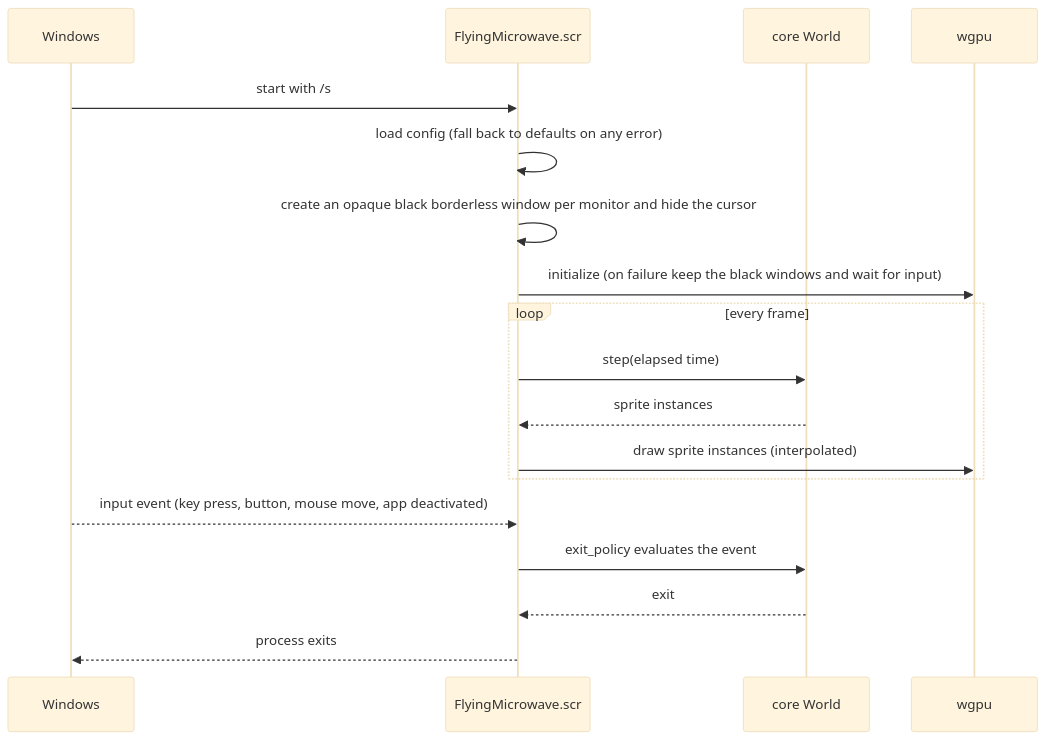
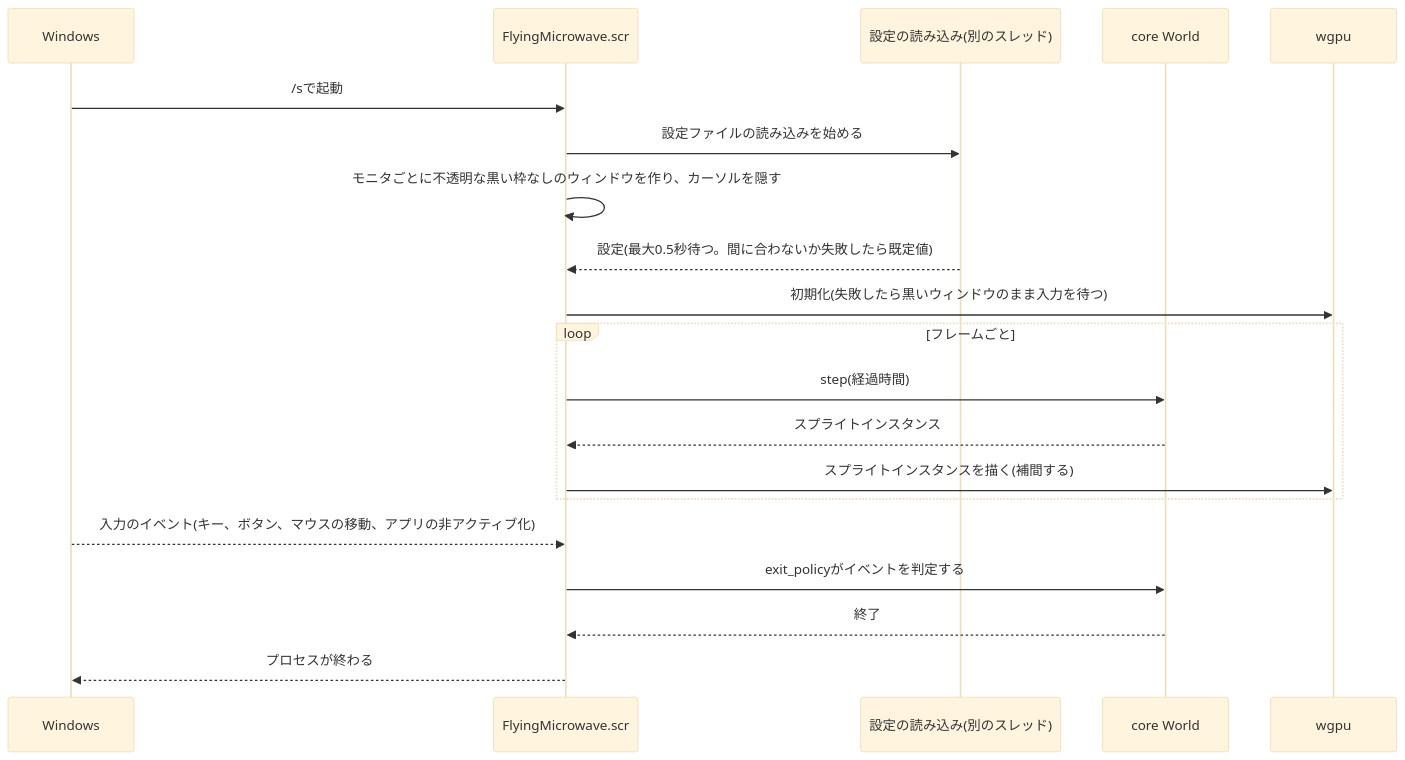
One commit to suchi/flying-microwave changed the third of 3 diagrams in docs/design/architecture.md. Above: the diagram before and after it, drawn with Mermaid (base theme). The commit also changed other lines of this file and 6 other files, not shown here.

````diff
--- a/docs/design/architecture.md
+++ b/docs/design/architecture.md
@@ -133,20 +133,22 @@
 ```mermaid
 sequenceDiagram
     participant OS as Windows
     participant App as FlyingMicrowave.scr
+    participant Cfg as 設定の読み込み(別のスレッド)
     participant Core as core World
     participant GPU as wgpu
-    OS->>App: start with /s
-    App->>App: load config (fall back to defaults on any error)
-    App->>App: create an opaque black borderless window per monitor and hide the cursor
-    App->>GPU: initialize (on failure keep the black windows and wait for input)
-    loop every frame
-        App->>Core: step(elapsed time)
-        Core-->>App: sprite instances
-        App->>GPU: draw sprite instances (interpolated)
+    OS->>App: /sで起動
+    App->>Cfg: 設定ファイルの読み込みを始める
+    App->>App: モニタごとに不透明な黒い枠なしのウィンドウを作り、カーソルを隠す
+    Cfg-->>App: 設定(最大0.5秒待つ。間に合わないか失敗したら既定値)
+    App->>GPU: 初期化(失敗したら黒いウィンドウのまま入力を待つ)
+    loop フレームごと
+        App->>Core: step(経過時間)
+        Core-->>App: スプライトインスタンス
+        App->>GPU: スプライトインスタンスを描く(補間する)
     end
-    OS-->>App: input event (key press, button, mouse move, app deactivated)
-    App->>Core: exit_policy evaluates the event
-    Core-->>App: exit
-    App-->>OS: process exits
+    OS-->>App: 入力のイベント(キー、ボタン、マウスの移動、アプリの非アクティブ化)
+    App->>Core: exit_policyがイベントを判定する
+    Core-->>App: 終了
+    App-->>OS: プロセスが終わる
 ```
````
